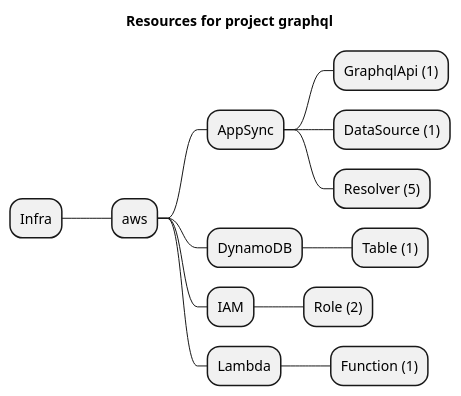
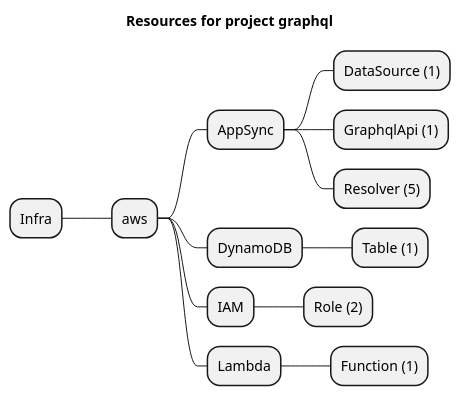
The diagram in examples/aws/AppSync/graphql/artifacts/resources-mindmap.puml (grucloud/grucloud), drawn with PlantUML before and after one commit. The commit also changed other lines of this file and 57 other files, not shown here.

```diff
--- a/examples/aws/AppSync/graphql/artifacts/resources-mindmap.puml
+++ b/examples/aws/AppSync/graphql/artifacts/resources-mindmap.puml
@@ -1,16 +1,16 @@
 @startmindmap
 title Resources for project graphql
 skinparam monochrome true
 + Infra
 ++ aws
 +++ AppSync
+++++ DataSource (1)
 ++++ GraphqlApi (1)
-++++ DataSource (1)
 ++++ Resolver (5)
 +++ DynamoDB
 ++++ Table (1)
 +++ IAM
 ++++ Role (2)
 +++ Lambda
 ++++ Function (1)
 @endmindmap
```
